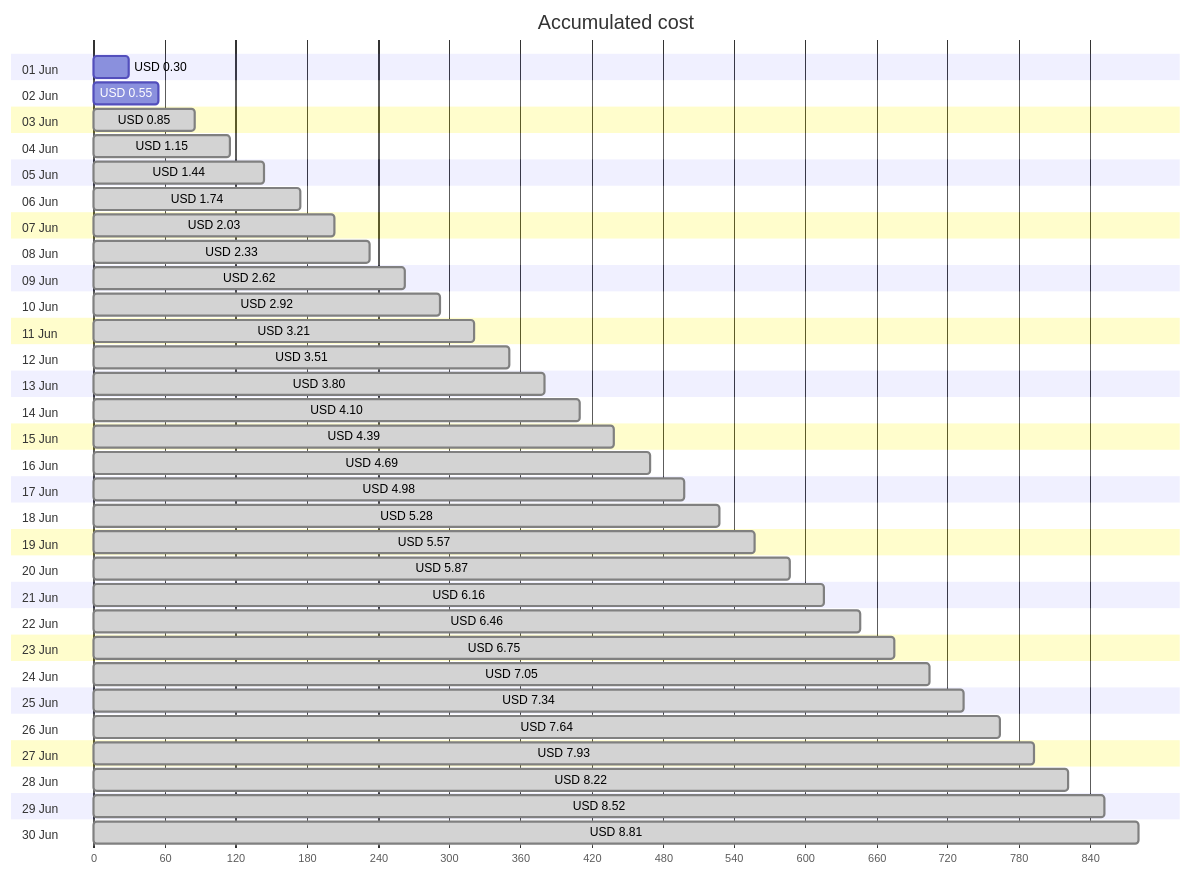
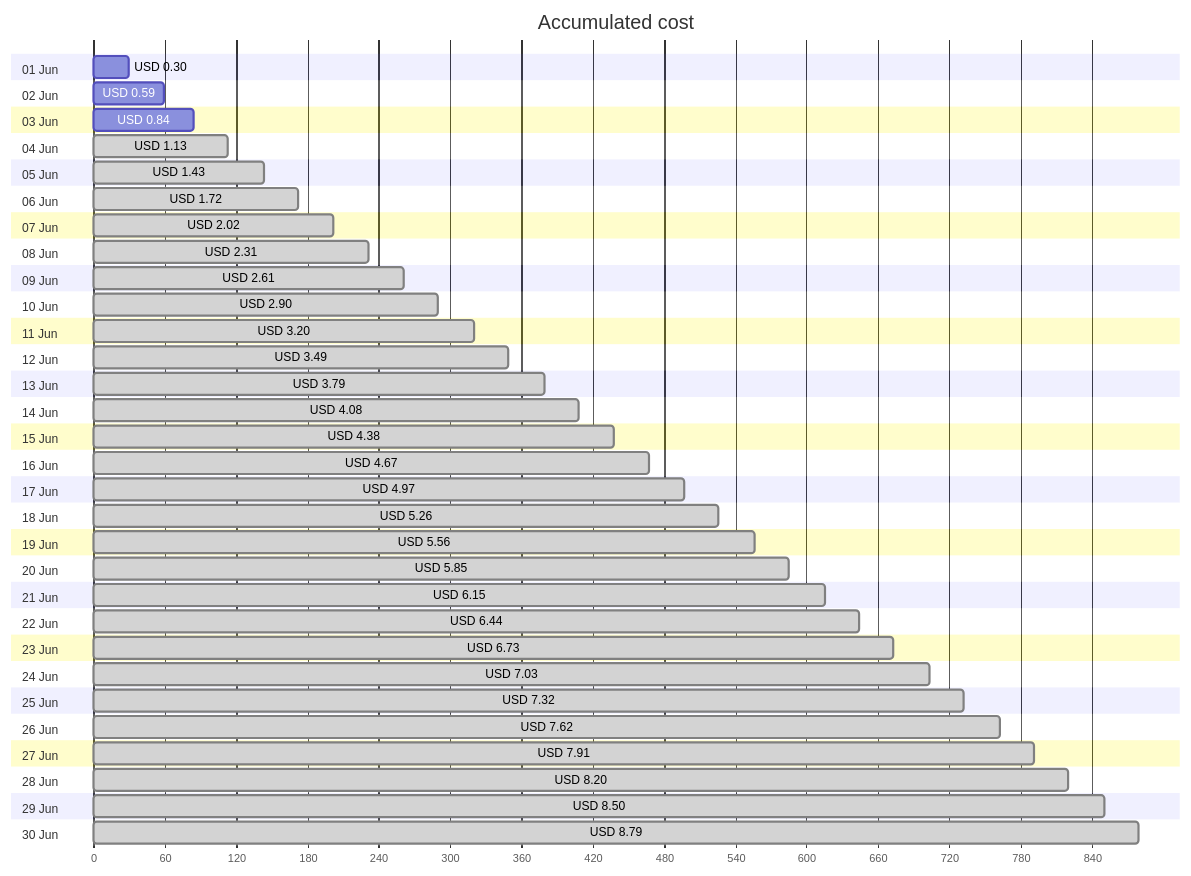
Before and after one commit to jpfulton/azure-personal-reports: the first of 4 diagrams in cost-reports/personal-site/personal-site-preview.md, drawn with Mermaid. The commit also changed other lines of this file and 6 other files, not shown here.

````diff
--- a/cost-reports/personal-site/personal-site-preview.md
+++ b/cost-reports/personal-site/personal-site-preview.md
@@ -20,66 +20,66 @@
 ```mermaid
 gantt
    title Accumulated cost
    dateFormat  X
    axisFormat %s
    section 01 Jun
    USD 0.30 :0, 30
    section 02 Jun
-   USD 0.55 :0, 55
+   USD 0.59 :0, 59
    section 03 Jun
-   USD 0.85 : done, 0, 85
+   USD 0.84 :0, 84
    section 04 Jun
-   USD 1.15 : done, 0, 115
+   USD 1.13 : done, 0, 113
    section 05 Jun
-   USD 1.44 : done, 0, 144
+   USD 1.43 : done, 0, 143
    section 06 Jun
-   USD 1.74 : done, 0, 174
+   USD 1.72 : done, 0, 172
    section 07 Jun
-   USD 2.03 : done, 0, 203
+   USD 2.02 : done, 0, 202
    section 08 Jun
-   USD 2.33 : done, 0, 233
+   USD 2.31 : done, 0, 231
    section 09 Jun
-   USD 2.62 : done, 0, 262
+   USD 2.61 : done, 0, 261
    section 10 Jun
-   USD 2.92 : done, 0, 292
+   USD 2.90 : done, 0, 290
    section 11 Jun
-   USD 3.21 : done, 0, 321
+   USD 3.20 : done, 0, 320
    section 12 Jun
-   USD 3.51 : done, 0, 351
+   USD 3.49 : done, 0, 349
    section 13 Jun
-   USD 3.80 : done, 0, 380
+   USD 3.79 : done, 0, 379
    section 14 Jun
-   USD 4.10 : done, 0, 410
+   USD 4.08 : done, 0, 408
    section 15 Jun
-   USD 4.39 : done, 0, 439
+   USD 4.38 : done, 0, 438
    section 16 Jun
-   USD 4.69 : done, 0, 469
+   USD 4.67 : done, 0, 467
    section 17 Jun
-   USD 4.98 : done, 0, 498
+   USD 4.97 : done, 0, 497
    section 18 Jun
-   USD 5.28 : done, 0, 528
+   USD 5.26 : done, 0, 526
    section 19 Jun
-   USD 5.57 : done, 0, 557
+   USD 5.56 : done, 0, 556
    section 20 Jun
-   USD 5.87 : done, 0, 587
+   USD 5.85 : done, 0, 585
    section 21 Jun
-   USD 6.16 : done, 0, 616
+   USD 6.15 : done, 0, 615
    section 22 Jun
-   USD 6.46 : done, 0, 646
+   USD 6.44 : done, 0, 644
    section 23 Jun
-   USD 6.75 : done, 0, 675
+   USD 6.73 : done, 0, 673
    section 24 Jun
-   USD 7.05 : done, 0, 705
+   USD 7.03 : done, 0, 703
    section 25 Jun
-   USD 7.34 : done, 0, 734
+   USD 7.32 : done, 0, 732
    section 26 Jun
-   USD 7.64 : done, 0, 764
+   USD 7.62 : done, 0, 762
    section 27 Jun
-   USD 7.93 : done, 0, 793
+   USD 7.91 : done, 0, 791
    section 28 Jun
-   USD 8.22 : done, 0, 822
+   USD 8.20 : done, 0, 820
    section 29 Jun
-   USD 8.52 : done, 0, 852
+   USD 8.50 : done, 0, 850
    section 30 Jun
-   USD 8.81 : done, 0, 881
+   USD 8.79 : done, 0, 879
 ```
````
